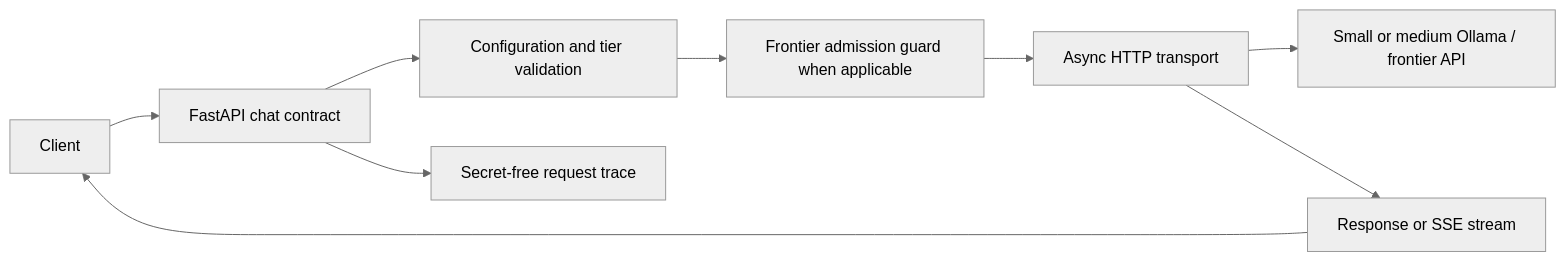
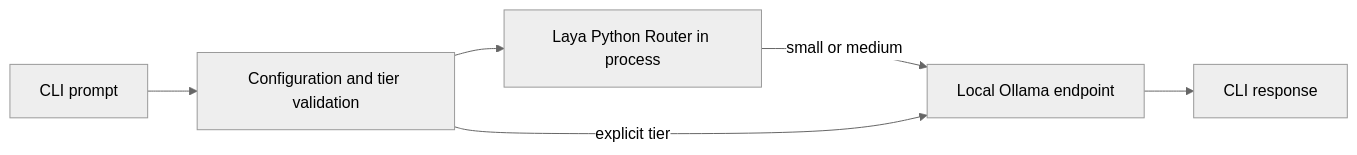
Before and after one commit to Arwin-K/jev-llm-gateway: the first of 2 diagrams in docs/ARCHITECTURE.md, drawn with Mermaid (neutral theme). The commit also changed other lines of this file and 258 other files, not shown here.

First line of the commit message:
Run native Laya routing from the CLI

````diff
--- a/docs/ARCHITECTURE.md
+++ b/docs/ARCHITECTURE.md
@@ -7,11 +7,8 @@
 ```mermaid
 flowchart LR
-  C[Client] --> A[FastAPI chat contract]
-  A --> V[Configuration and tier validation]
-  V --> B[Frontier admission guard when applicable]
-  B --> T[Async HTTP transport]
-  T --> S[Small or medium Ollama / frontier API]
-  T --> R[Response or SSE stream]
-  R --> C
-  A --> X[Secret-free request trace]
+  C[CLI prompt] --> V[Configuration and tier validation]
+  V --> L[Laya Python Router in process]
+  L -->|small or medium| O[Local Ollama endpoint]
+  V -->|explicit tier| O
+  O --> R[CLI response]
 ```
````
